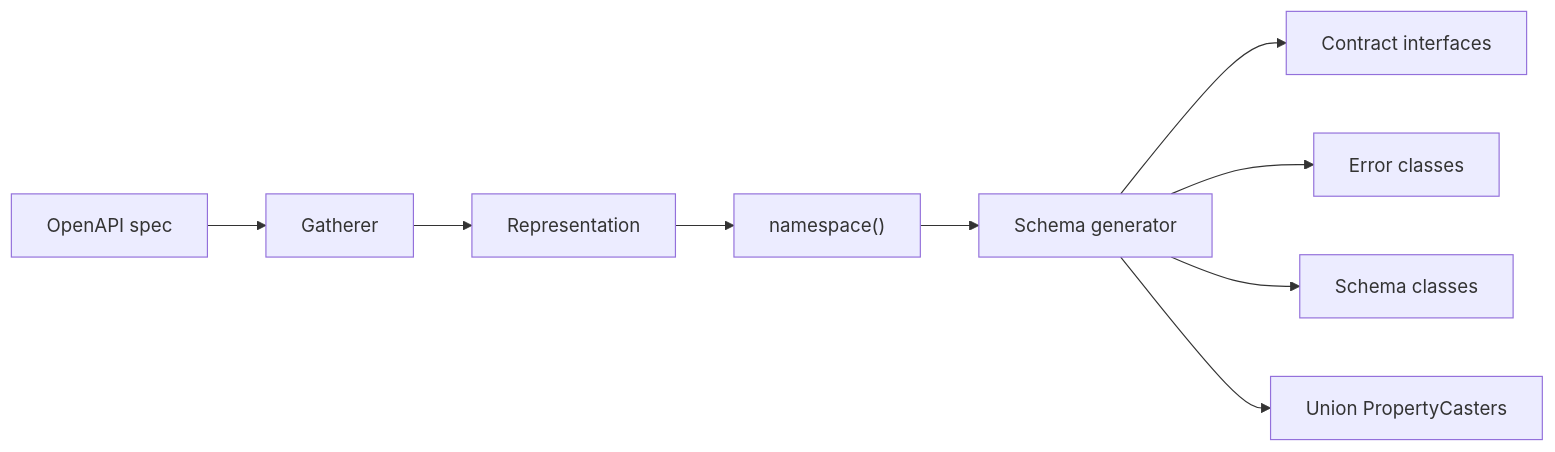
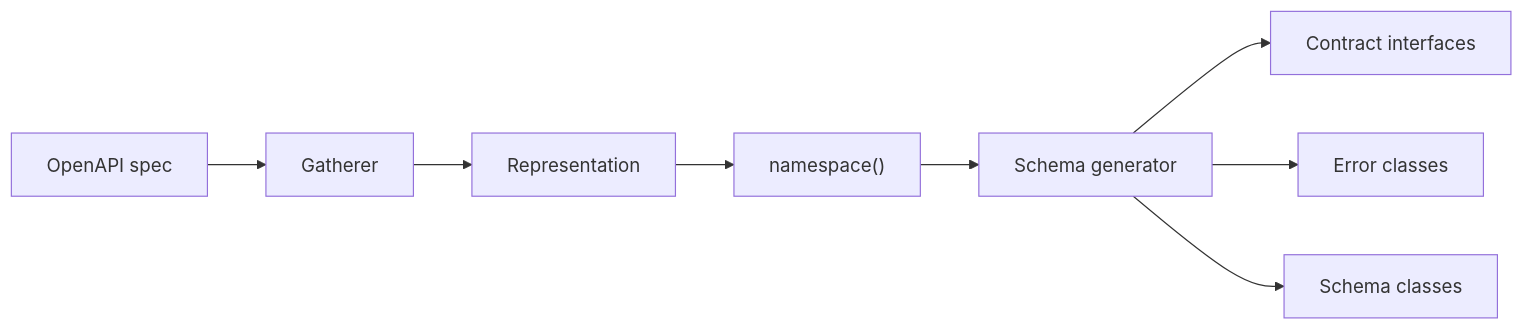
The diagram in README.md (php-openapi-tools/generator-schema), drawn with Mermaid before and after one commit. The commit also changed other lines of this file and 9 other files, not shown here.

````diff
--- a/README.md
+++ b/README.md
@@ -25,11 +29,10 @@
 ```mermaid
 flowchart LR
   spec[OpenAPI spec] --> gatherer[Gatherer]
   gatherer --> rep[Representation]
   rep --> ns["namespace()"]
   ns --> gen[Schema generator]
   gen --> contract[Contract interfaces]
   gen --> error[Error classes]
   gen --> schema[Schema classes]
-  gen --> casters[Union PropertyCasters]
 ```
````
